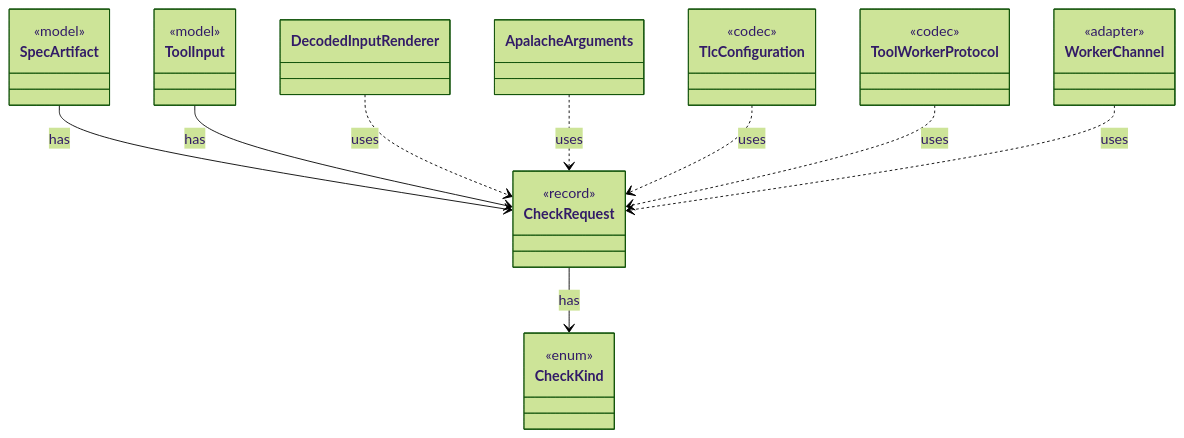
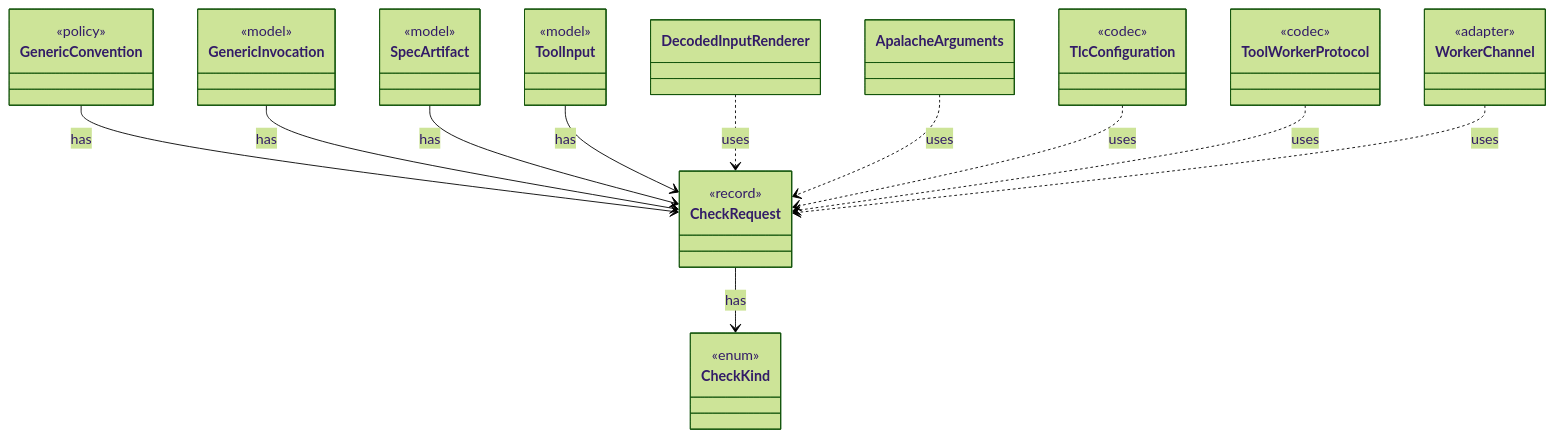
The diagram in dev/types/io.github.tlaplus.hardening.workflow.worker.CheckRequest.md (tlaplus/model-checker-hardening), drawn with Mermaid (forest theme) before and after one commit. The commit also changed other lines of this file and 422 other files, not shown here.

````diff
--- a/dev/types/io.github.tlaplus.hardening.workflow.worker.CheckRequest.md
+++ b/dev/types/io.github.tlaplus.hardening.workflow.worker.CheckRequest.md
@@ -9,34 +9,42 @@
 ```mermaid
 classDiagram
   class CheckRequest {
     <<record>>
   }
   class CheckKind {
     <<enum>>
+  }
+  class GenericConvention {
+    <<policy>>
+  }
+  class GenericInvocation {
+    <<model>>
   }
   class SpecArtifact {
     <<model>>
   }
   class ToolInput {
     <<model>>
   }
   class DecodedInputRenderer
   class ApalacheArguments
   class TlcConfiguration {
     <<codec>>
   }
   class ToolWorkerProtocol {
     <<codec>>
   }
   class WorkerChannel {
     <<adapter>>
   }
   CheckRequest --> CheckKind : has
+  GenericConvention --> CheckRequest : has
+  GenericInvocation --> CheckRequest : has
   SpecArtifact --> CheckRequest : has
   ToolInput --> CheckRequest : has
   DecodedInputRenderer ..> CheckRequest : uses
   ApalacheArguments ..> CheckRequest : uses
   TlcConfiguration ..> CheckRequest : uses
   ToolWorkerProtocol ..> CheckRequest : uses
   WorkerChannel ..> CheckRequest : uses
 ```
````
